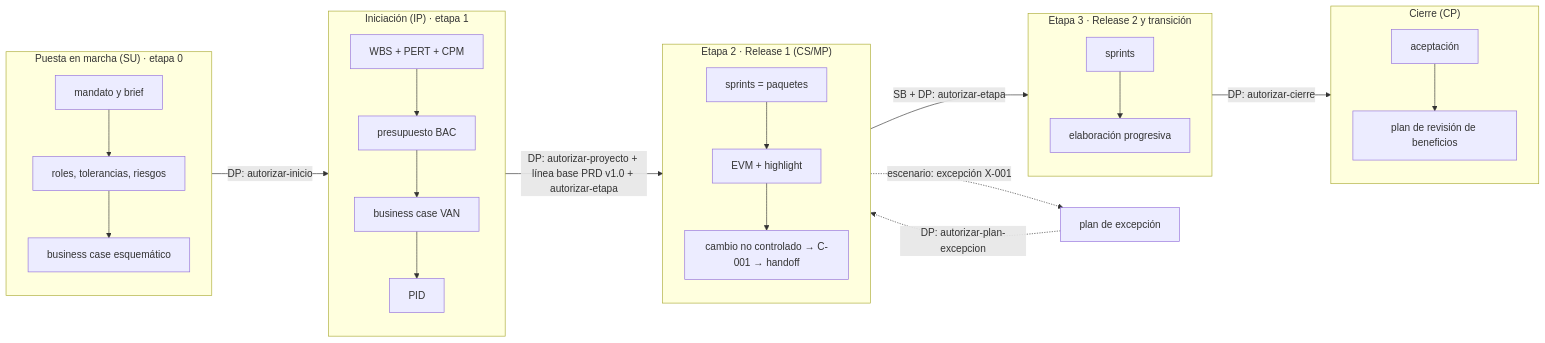
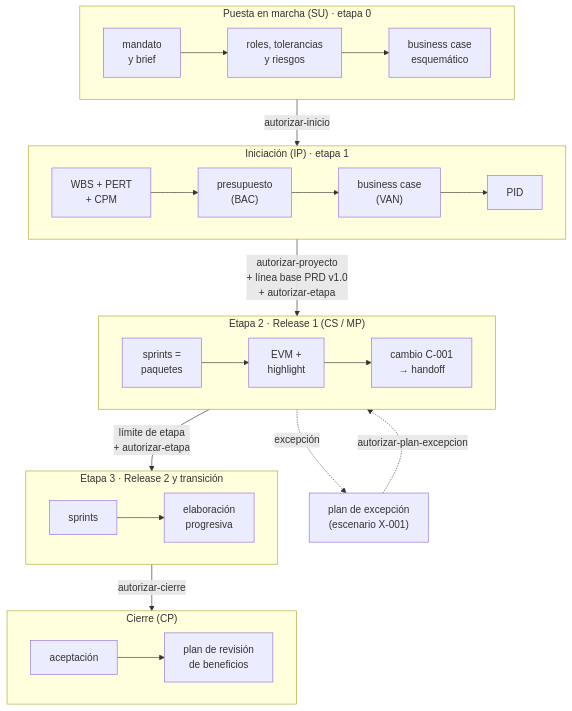
One commit to Arturo-Penas-Rial/pm-method changed the diagram in docs/CASO-MAESTRO.md. Above: the diagram before and after it, drawn with Mermaid. The commit also changed other lines of this file and 52 other files, not shown here.

Commit message:
pm-method 2.1.0: guías E2E para el usuario, prompts y entradas/salidas en los casos, diagramas legibles

````diff
--- a/docs/CASO-MAESTRO.md
+++ b/docs/CASO-MAESTRO.md
@@ -56,24 +61,30 @@
 ```mermaid
-flowchart LR
+flowchart TB
   subgraph SU["Puesta en marcha (SU) · etapa 0"]
-    su1[mandato y brief] --> su2[roles, tolerancias, riesgos] --> su3[business case esquemático]
+    direction LR
+    su1["mandato<br/>y brief"] --> su2["roles, tolerancias<br/>y riesgos"] --> su3["business case<br/>esquemático"]
   end
   subgraph IP["Iniciación (IP) · etapa 1"]
-    ip1[WBS + PERT + CPM] --> ip2[presupuesto BAC] --> ip3[business case VAN] --> ip4[PID]
+    direction LR
+    ip1["WBS + PERT<br/>+ CPM"] --> ip2["presupuesto<br/>(BAC)"] --> ip3["business case<br/>(VAN)"] --> ip4["PID"]
   end
-  subgraph E2["Etapa 2 · Release 1 (CS/MP)"]
-    e1[sprints = paquetes] --> e2[EVM + highlight] --> e3[cambio no controlado → C-001 → handoff]
+  subgraph E2["Etapa 2 · Release 1 (CS / MP)"]
+    direction LR
+    e1["sprints =<br/>paquetes"] --> e2["EVM +<br/>highlight"] --> e3["cambio C-001<br/>→ handoff"]
   end
   subgraph E3["Etapa 3 · Release 2 y transición"]
-    f1[sprints] --> f2[elaboración progresiva]
+    direction LR
+    f1["sprints"] --> f2["elaboración<br/>progresiva"]
   end
   subgraph CP["Cierre (CP)"]
-    c1[aceptación] --> c2[plan de revisión de beneficios]
+    direction LR
+    c1["aceptación"] --> c2["plan de revisión<br/>de beneficios"]
   end
-  SU -->|"DP: autorizar-inicio"| IP
-  IP -->|"DP: autorizar-proyecto + línea base PRD v1.0 + autorizar-etapa"| E2
-  E2 -->|"SB + DP: autorizar-etapa"| E3
-  E3 -->|"DP: autorizar-cierre"| CP
-  E2 -.->|"escenario: excepción X-001"| X[plan de excepción]
-  X -.->|"DP: autorizar-plan-excepcion"| E2
+  X["plan de excepción<br/>(escenario X-001)"]
+  SU -->|"autorizar-inicio"| IP
+  IP -->|"autorizar-proyecto<br/>+ línea base PRD v1.0<br/>+ autorizar-etapa"| E2
+  E2 -->|"límite de etapa<br/>+ autorizar-etapa"| E3
+  E3 -->|"autorizar-cierre"| CP
+  E2 -.->|"excepción"| X
+  X -.->|"autorizar-plan-excepcion"| E2
 ```
````
